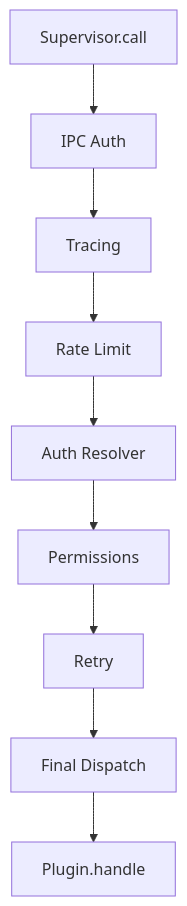
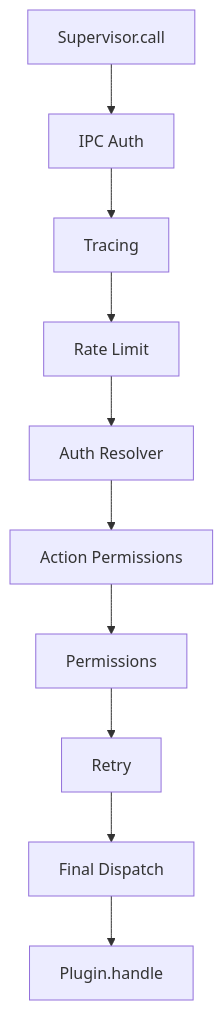
Before and after one commit to traoreera/xcore: the diagram in doc/advanced/middleware.md, drawn with Mermaid. The commit also changed other lines of this file and 8 other files, not shown here.

First line of the commit message:
feat: add action permissions middleware

````diff
--- a/doc/advanced/middleware.md
+++ b/doc/advanced/middleware.md
@@ -18,11 +18,12 @@
 ```mermaid
 graph TD
     A[Supervisor.call] --> M1[IPC Auth]
     M1 --> M2[Tracing]
     M2 --> M3[Rate Limit]
     M3 --> M4[Auth Resolver]
-    M4 --> M5[Permissions]
-    M5 --> M6[Retry]
-    M6 --> D[Final Dispatch]
+    M4 --> M5[Action Permissions]
+    M5 --> M6[Permissions]
+    M6 --> M7[Retry]
+    M7 --> D[Final Dispatch]
     D --> P[Plugin.handle]
 ```
````
